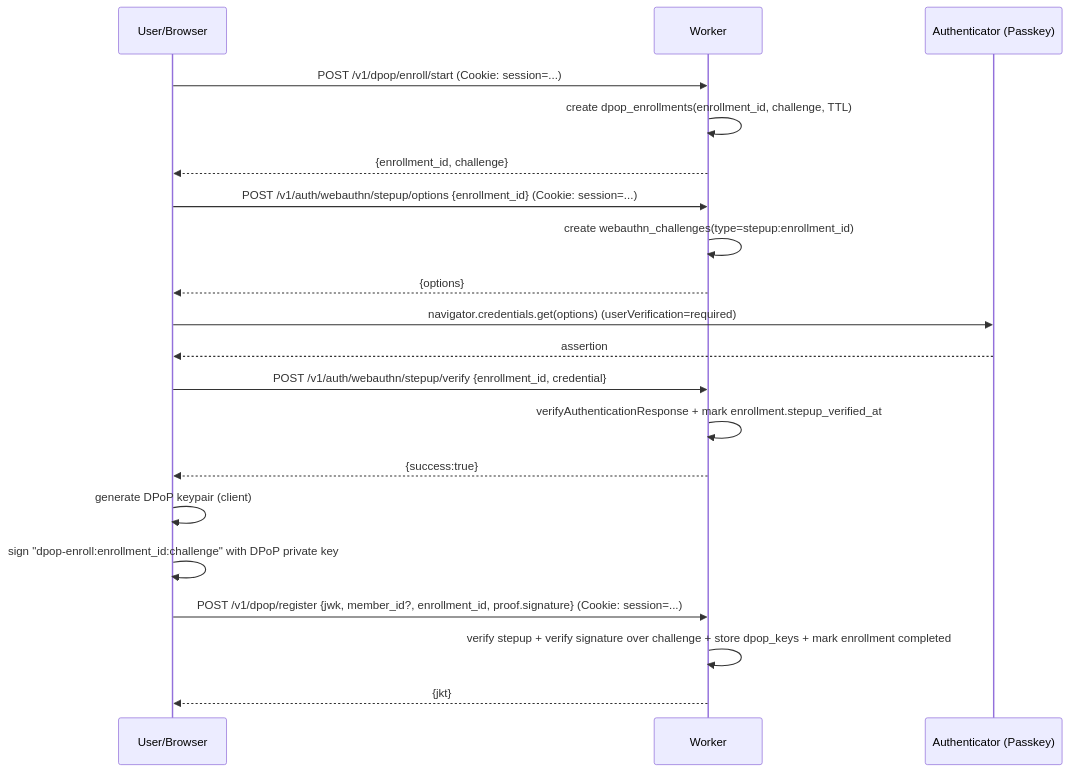
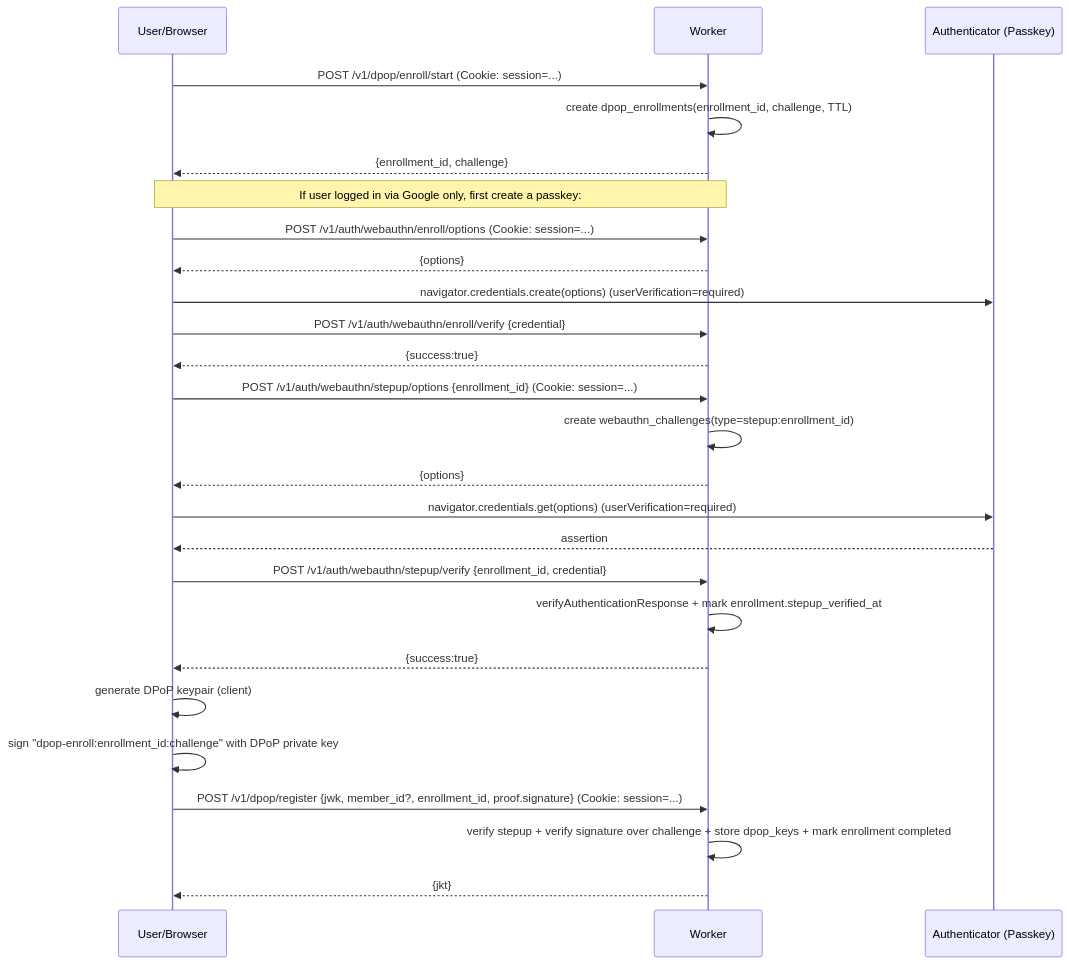
One commit to windshock/dpop changed the third of 4 diagrams in README.md. Above: the diagram before and after it, drawn with Mermaid. The commit also changed other lines of this file, not shown here.

Commit message:
Docs: clarify localhost setup, Google OAuth console steps, and passkey setup for Google-only users

````diff
--- a/README.md
+++ b/README.md
@@ -149,28 +164,35 @@
 ```mermaid
 sequenceDiagram
   participant U as User/Browser
   participant W as Worker
   participant A as Authenticator (Passkey)
 
   U->>W: POST /v1/dpop/enroll/start (Cookie: session=...)
   W->>W: create dpop_enrollments(enrollment_id, challenge, TTL)
   W-->>U: {enrollment_id, challenge}
+
+  Note over U,W: If user logged in via Google only, first create a passkey:
+  U->>W: POST /v1/auth/webauthn/enroll/options (Cookie: session=...)
+  W-->>U: {options}
+  U->>A: navigator.credentials.create(options) (userVerification=required)
+  U->>W: POST /v1/auth/webauthn/enroll/verify {credential}
+  W-->>U: {success:true}
 
   U->>W: POST /v1/auth/webauthn/stepup/options {enrollment_id} (Cookie: session=...)
   W->>W: create webauthn_challenges(type=stepup:enrollment_id)
   W-->>U: {options}
 
   U->>A: navigator.credentials.get(options) (userVerification=required)
   A-->>U: assertion
 
   U->>W: POST /v1/auth/webauthn/stepup/verify {enrollment_id, credential}
   W->>W: verifyAuthenticationResponse + mark enrollment.stepup_verified_at
   W-->>U: {success:true}
 
   U->>U: generate DPoP keypair (client)
   U->>U: sign "dpop-enroll:enrollment_id:challenge" with DPoP private key
 
   U->>W: POST /v1/dpop/register {jwk, member_id?, enrollment_id, proof.signature} (Cookie: session=...)
   W->>W: verify stepup + verify signature over challenge + store dpop_keys + mark enrollment completed
   W-->>U: {jkt}
 ```
````
